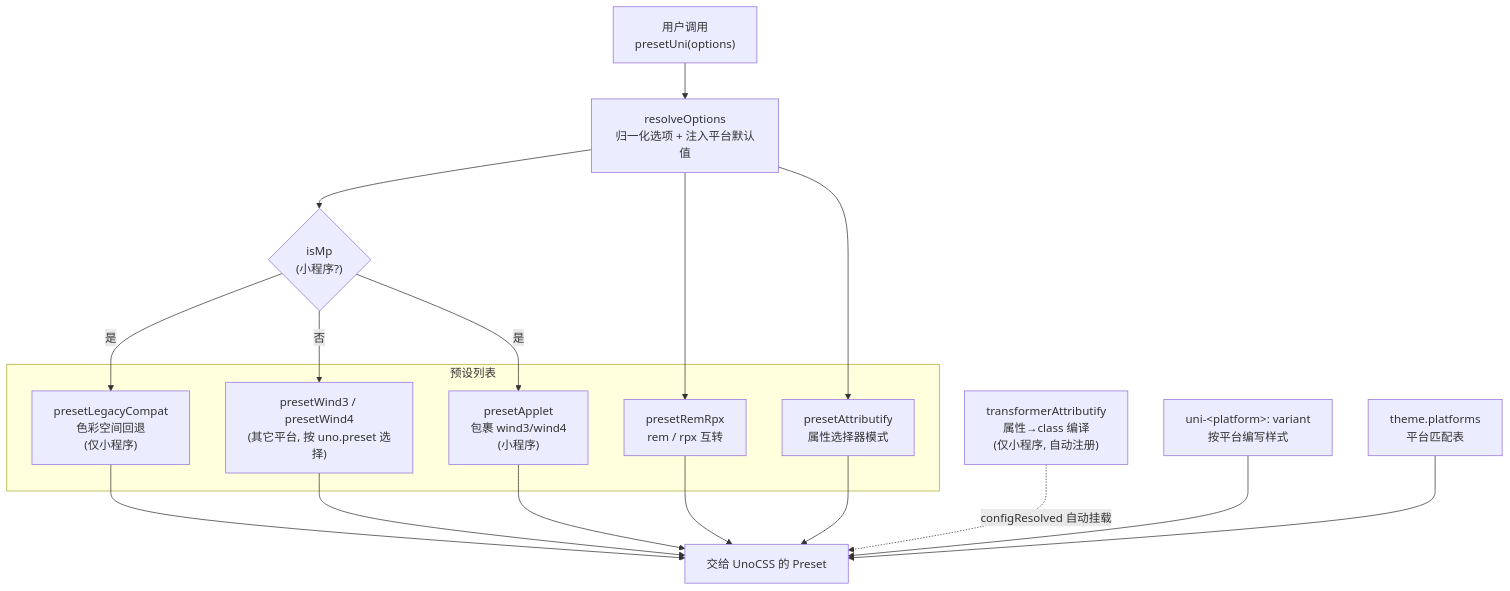
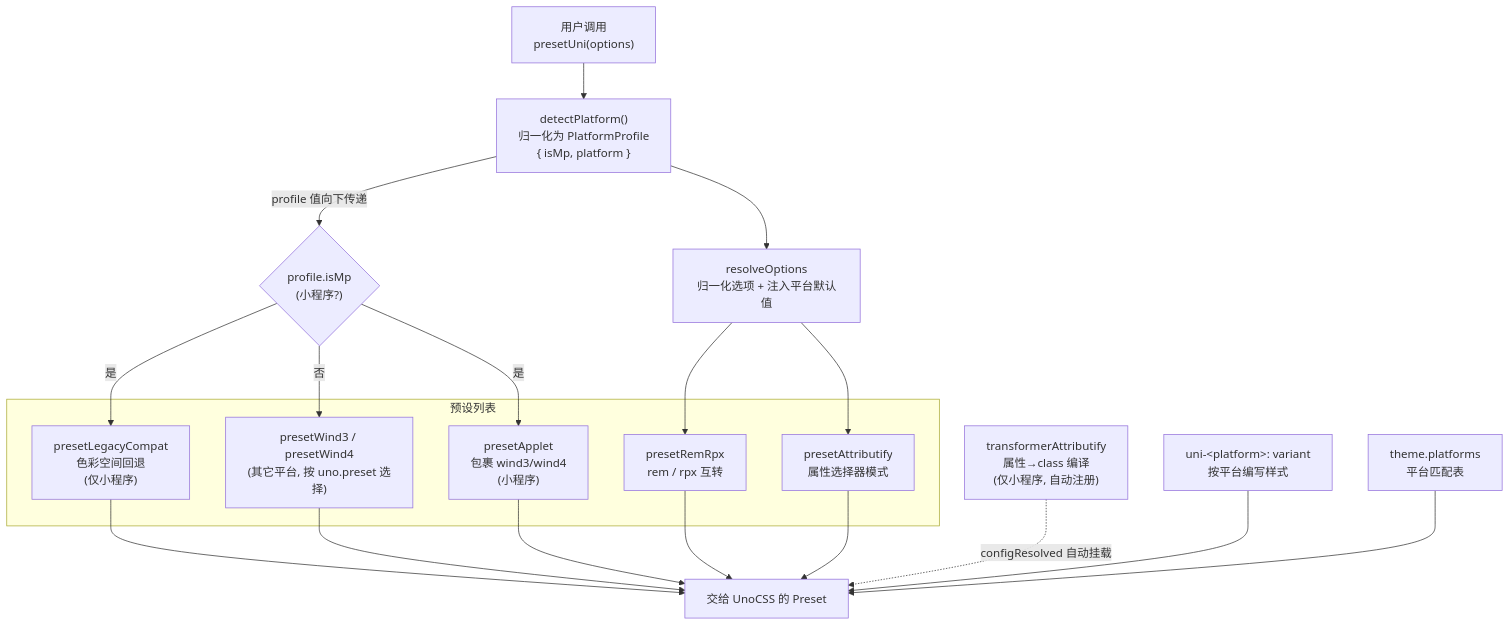
One commit to uni-helper/unocss-preset-uni changed the diagram in CONTRIBUTING.md. Above: the diagram before and after it, drawn with Mermaid. The commit also changed other lines of this file and 7 other files, not shown here.

First line of the commit message:
refactor(preset): thread PlatformProfile through builders for testability

````diff
--- a/CONTRIBUTING.md
+++ b/CONTRIBUTING.md
@@ -56,36 +58,38 @@
 ```mermaid
 flowchart TD
   user["用户调用<br/>presetUni(options)"]
+  detect["detectPlatform()<br/>归一化为 PlatformProfile<br/>{ isMp, platform }"]
   resolve["resolveOptions<br/>归一化选项 + 注入平台默认值"]
-  isMp{"isMp<br/>(小程序?)"}
+  isMp{"profile.isMp<br/>(小程序?)"}
 
   subgraph 预设列表
     legacy["presetLegacyCompat<br/>色彩空间回退<br/>(仅小程序)"]
     windH5["presetWind3 / presetWind4<br/>(其它平台, 按 uno.preset 选择)"]
     applet["presetApplet<br/>包裹 wind3/wind4<br/>(小程序)"]
     remrpx["presetRemRpx<br/>rem / rpx 互转"]
     attrib["presetAttributify<br/>属性选择器模式"]
   end
 
   tf["transformerAttributify<br/>属性→class 编译<br/>(仅小程序, 自动注册)"]
   variant["uni-&lt;platform&gt;: variant<br/>按平台编写样式"]
   theme["theme.platforms<br/>平台匹配表"]
 
   uno["交给 UnoCSS 的 Preset"]
 
-  user --> resolve
-  resolve --> isMp
+  user --> detect
+  detect --> resolve
+  detect -->|profile 值向下传递| isMp
   isMp -->|是| legacy
   isMp -->|是| applet
   isMp -->|否| windH5
   resolve --> remrpx
   resolve --> attrib
   legacy --> uno
   windH5 --> uno
   applet --> uno
   remrpx --> uno
   attrib --> uno
   tf -.->|configResolved 自动挂载| uno
   variant --> uno
   theme --> uno
 ```
````
